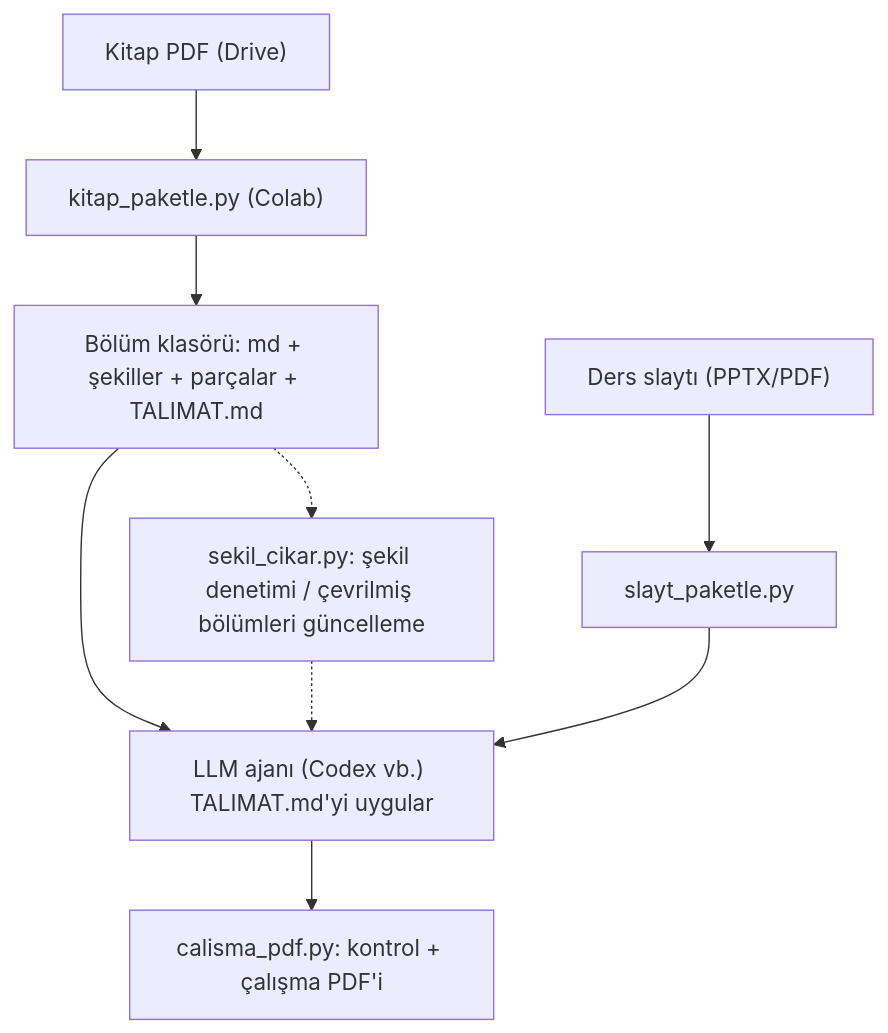
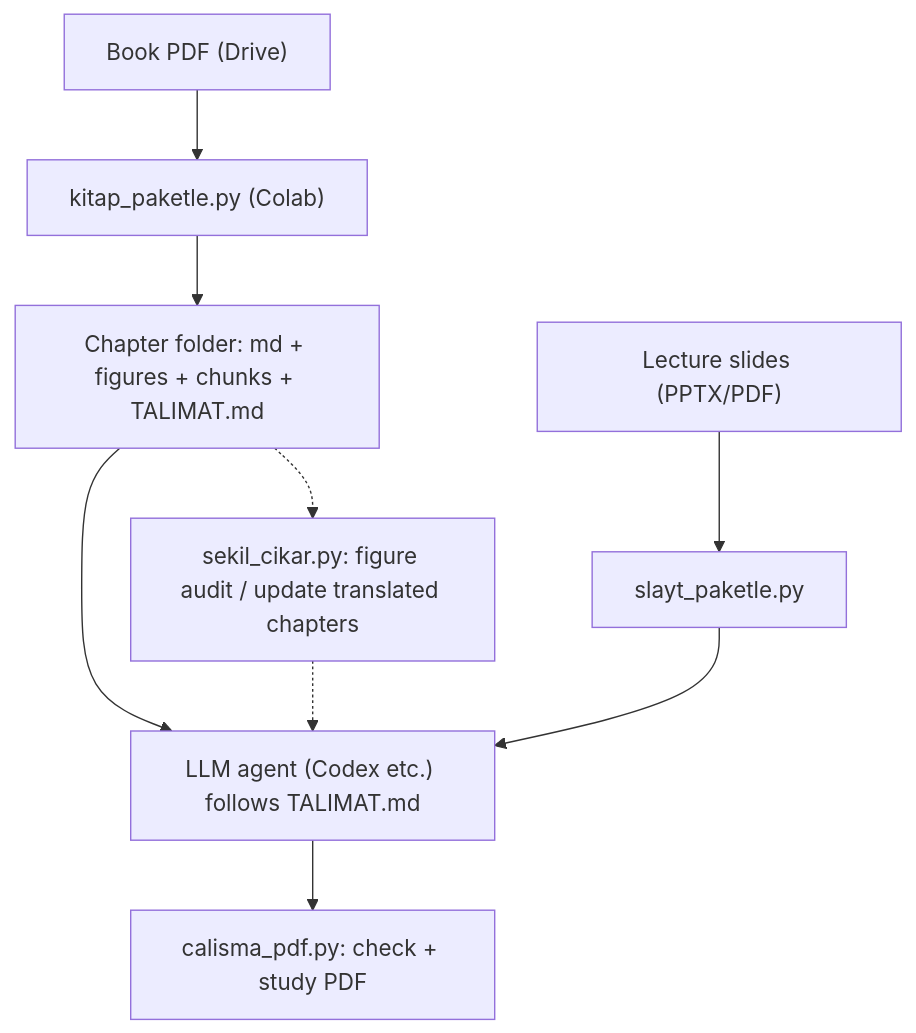
Before and after one commit to arif7esat/pdf-to-lean-context: the diagram in README.md, drawn with Mermaid. The commit also changed other lines of this file, not shown here.

````diff
--- a/README.md
+++ b/README.md
@@ -11,11 +31,11 @@
 ```mermaid
 flowchart TD
-    A["Kitap PDF (Drive)"] --> B["kitap_paketle.py (Colab)"]
-    B --> C["Bölüm klasörü: md + şekiller + parçalar + TALIMAT.md"]
-    C --> D["LLM ajanı (Codex vb.) TALIMAT.md'yi uygular"]
-    D --> E["calisma_pdf.py: kontrol + çalışma PDF'i"]
-    C -.-> F["sekil_cikar.py: şekil denetimi / çevrilmiş bölümleri güncelleme"]
+    A["Book PDF (Drive)"] --> B["kitap_paketle.py (Colab)"]
+    B --> C["Chapter folder: md + figures + chunks + TALIMAT.md"]
+    C --> D["LLM agent (Codex etc.) follows TALIMAT.md"]
+    D --> E["calisma_pdf.py: check + study PDF"]
+    C -.-> F["sekil_cikar.py: figure audit / update translated chapters"]
     F -.-> D
-    S["Ders slaytı (PPTX/PDF)"] --> G["slayt_paketle.py"]
+    S["Lecture slides (PPTX/PDF)"] --> G["slayt_paketle.py"]
     G --> D
 ```
````
